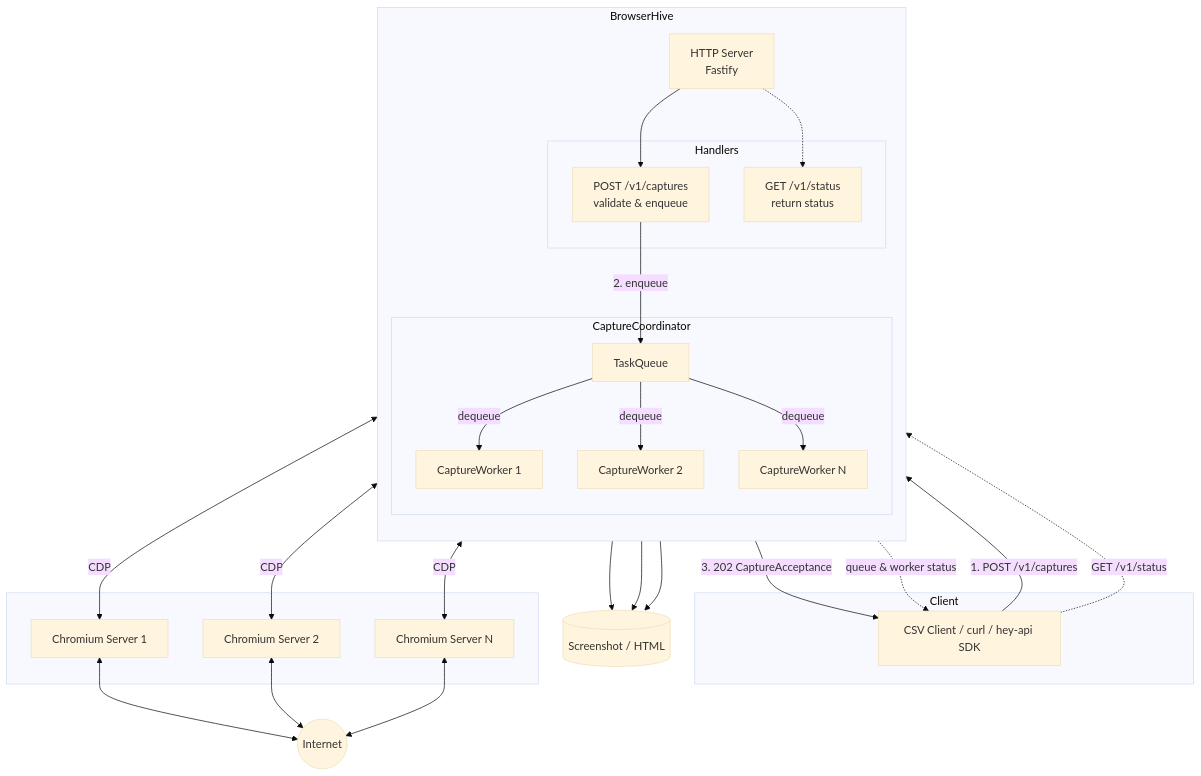
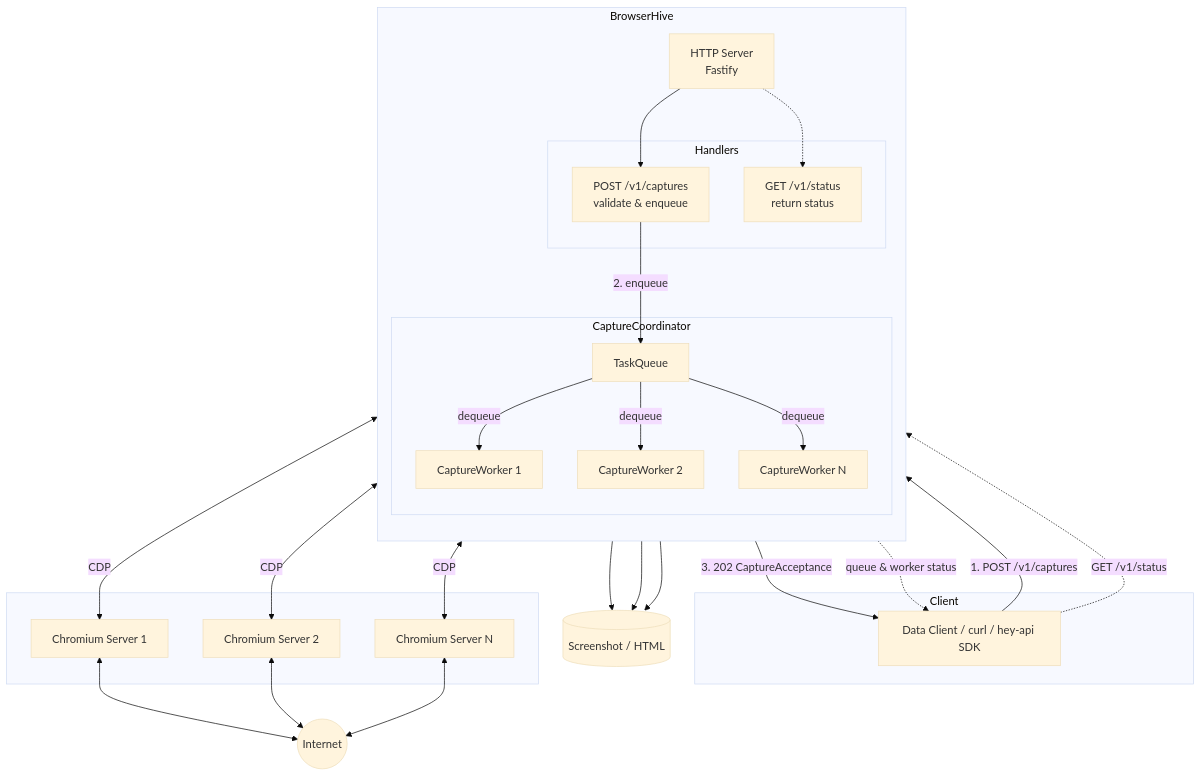
Before and after one commit to uraitakahito/browserhive: the first of 3 diagrams in README.md, drawn with Mermaid (base theme). The commit also changed other lines of this file and 21 other files, not shown here.

````diff
--- a/README.md
+++ b/README.md
@@ -17,51 +17,51 @@
 ```mermaid
 flowchart TB
     subgraph Client
-        CLI[CSV Client / curl / hey-api SDK]
+        CLI[Data Client / curl / hey-api SDK]
     end
 
     subgraph BrowserHive["BrowserHive"]
         direction TB
         Server[HTTP Server<br/>Fastify]
         subgraph Handlers["Handlers"]
             SubmitCaptureHandler[POST /v1/captures<br/>validate & enqueue]
             GetStatusHandler[GET /v1/status<br/>return status]
         end
         subgraph CaptureCoordinator
             Queue[TaskQueue]
             Worker1[CaptureWorker 1]
             Worker2[CaptureWorker 2]
             Worker3[CaptureWorker N]
         end
     end
 
     subgraph ChromiumServers[" "]
         Browser1[Chromium Server 1]
         Browser2[Chromium Server 2]
         Browser3[Chromium Server N]
     end
 
     Internet((Internet))
 
     Files[(Screenshot / HTML)]
 
     CLI -->|"1. POST /v1/captures"| Server
     Server --> SubmitCaptureHandler
     SubmitCaptureHandler -->|"2. enqueue"| Queue
     SubmitCaptureHandler -->|"3. 202 CaptureAcceptance"| CLI
     CLI -.->|"GET /v1/status"| Server
     Server -.-> GetStatusHandler
     GetStatusHandler -.->|"queue & worker status"| CLI
     Queue -->|dequeue| Worker1
     Queue -->|dequeue| Worker2
     Queue -->|dequeue| Worker3
     Worker1 <-->|CDP| Browser1
     Worker2 <-->|CDP| Browser2
     Worker3 <-->|CDP| Browser3
     Browser1 <--> Internet
     Browser2 <--> Internet
     Browser3 <--> Internet
     Worker1 --> Files
     Worker2 --> Files
     Worker3 --> Files
 ```
````
